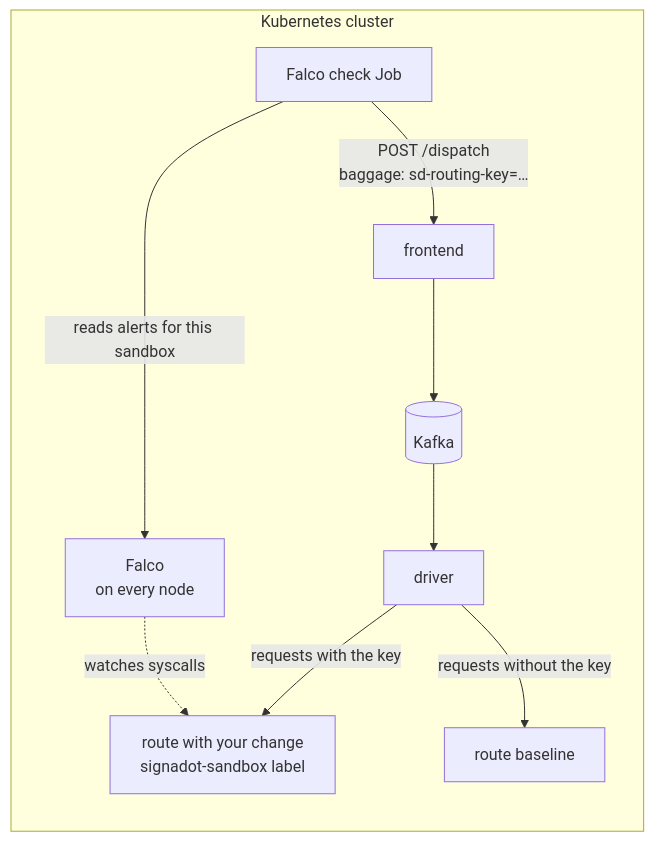
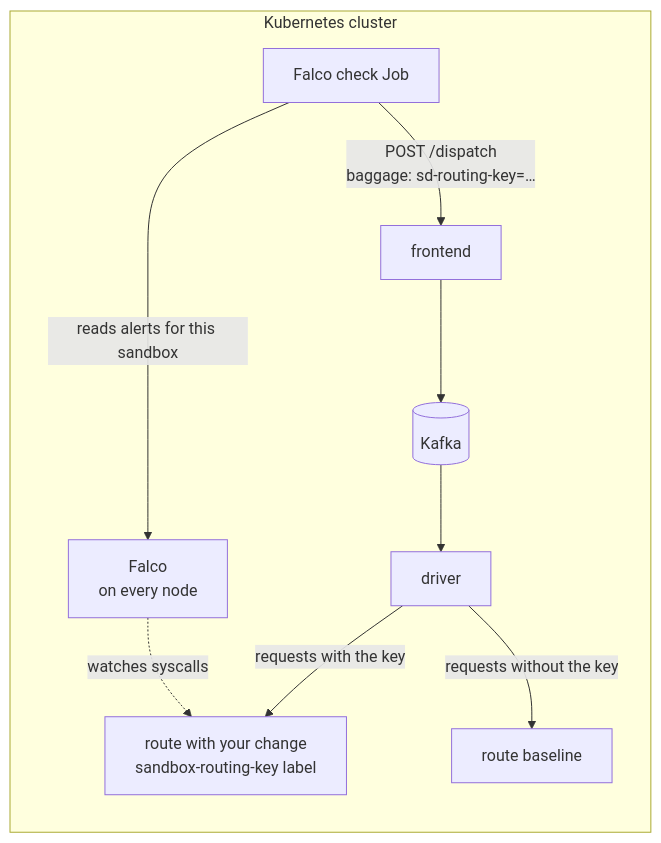
One commit to signadot/examples changed the diagram in falco-security-tutorial/README.md. Above: the diagram before and after it, drawn with Mermaid. The commit also changed other lines of this file and 3 other files, not shown here.

````diff
--- a/falco-security-tutorial/README.md
+++ b/falco-security-tutorial/README.md
@@ -22,11 +22,11 @@
 ```mermaid
 flowchart LR
   subgraph cluster[Kubernetes cluster]
     job[Falco check Job] -->|"POST /dispatch<br/>baggage: sd-routing-key=…"| fe[frontend]
     fe --> kafka[(Kafka)] --> drv[driver]
-    drv -->|requests with the key| rsb[route with your change<br/>signadot-sandbox label]
+    drv -->|requests with the key| rsb[route with your change<br/>sandbox-routing-key label]
     drv -->|requests without the key| rbase[route baseline]
     falco[Falco<br/>on every node] -. watches syscalls .-> rsb
     job -->|reads alerts for this sandbox| falco
   end
 ```
````
